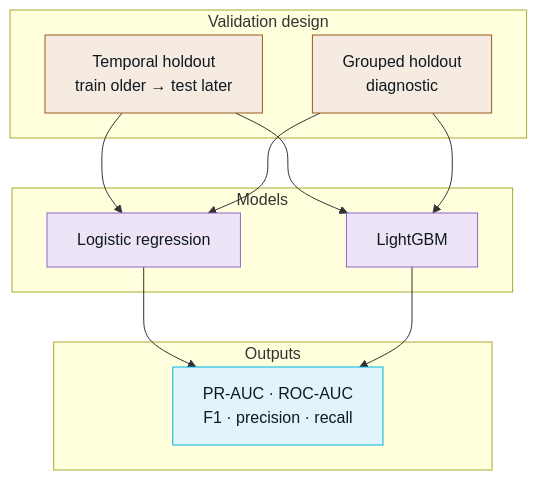
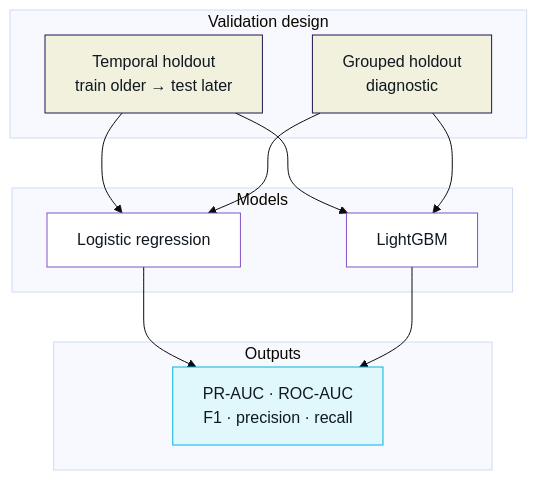
Before and after one commit to cruzaddy91/DATA-470_DSCapstone: the diagram in poster/diagrams/02_validation_and_models.mmd, drawn with Mermaid. The commit also changed 14 other files, not shown here.

First line of the commit message:
Poster visuals: Westminster brand palette coverage and pairing rules.

```diff
--- a/poster/diagrams/02_validation_and_models.mmd
+++ b/poster/diagrams/02_validation_and_models.mmd
@@ -1,33 +1,32 @@
-%% Capstone poster — panel 2 (EnableCV-style: splits → models → metrics)
-%% Compare: standup unified flow (pipelines vs datasets legend pattern)
+%% Capstone poster — panel 2 (Westminster brand)
+%%{init: {'theme': 'base', 'flowchart': {'htmlLabels': true}}}%%
 
 flowchart TB
   subgraph V["Validation design"]
     T[Temporal holdout<br/>train older → test later]
     G[Grouped holdout<br/>diagnostic]
   end
 
   subgraph M["Models"]
     LR[Logistic regression]
     LGB[LightGBM]
   end
 
   subgraph O["Outputs"]
     MET[PR-AUC · ROC-AUC<br/>F1 · precision · recall]
   end
 
   T --> LR
   T --> LGB
   G --> LR
   G --> LGB
   LR --> MET
   LGB --> MET
 
-  %% Westminster brand (see westminster_poster_palette.py)
-  classDef pipeline fill:#F5EBE0,stroke:#9D581F,color:#101820
-  classDef process fill:#EDE5F7,stroke:#9063CD,color:#101820
-  classDef reporting fill:#E0F4FA,stroke:#00B5E2,color:#101820
+  classDef pipeline fill:#F1F1DE,stroke:#211551,color:#101820
+  classDef process fill:#FFFFFF,stroke:#8252C7,color:#101820
+  classDef reporting fill:#E0F7FC,stroke:#00B5E2,color:#101820
 
   class T,G pipeline
   class LR,LGB process
   class MET reporting
```
